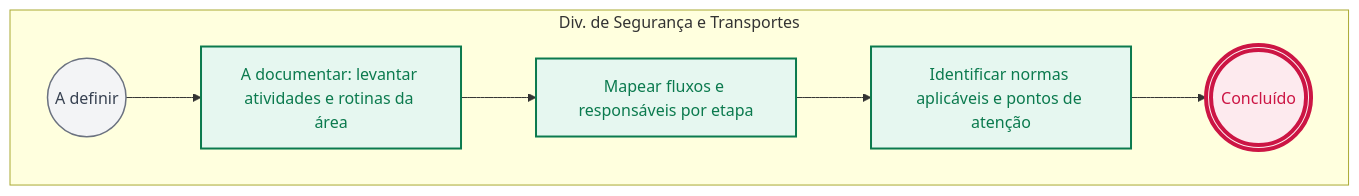
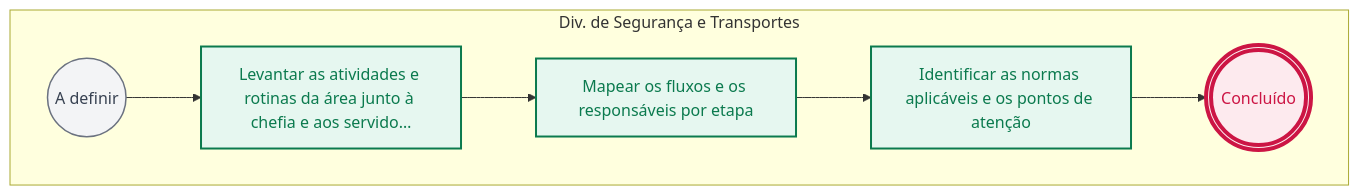
One commit to jessefers/canvas-vivo-atdg changed the second of 2 diagrams in pops/DST/DST-00.md. Above: the diagram before and after it, drawn with Mermaid. The commit also changed other lines of this file and 15 other files, not shown here.

````diff
--- a/pops/DST/DST-00.md
+++ b/pops/DST/DST-00.md
@@ -124,24 +124,24 @@
 ```mermaid
 flowchart LR
   subgraph R1["Div. de Segurança e Transportes"]
     direction LR
     e1(("A definir"))
-    e2["A documentar: levantar atividades e rotinas da área"]
-    e3["Mapear fluxos e responsáveis por etapa"]
-    e4["Identificar normas aplicáveis e pontos de atenção"]
+    e2["Levantar as atividades e rotinas da área junto à chefia e aos servido…"]
+    e3["Mapear os fluxos e os responsáveis por etapa"]
+    e4["Identificar as normas aplicáveis e os pontos de atenção"]
     e5((("Concluído")))
   end
   e1 --> e2
   e2 --> e3
   e3 --> e4
   e4 --> e5
   classDef inicio fill:#f3f4f6,stroke:#6b7280,stroke-width:1.5px,color:#374151
   classDef atividade fill:#E6F7F0,stroke:#0B7A4E,stroke-width:2px,color:#0B7A4E
   classDef decisao fill:#FFF4ED,stroke:#C9783A,stroke-width:2px,color:#C9783A
   classDef fim fill:#FDEAEE,stroke:#CC1544,stroke-width:4px,color:#CC1544
   classDef pausa fill:#FDEAEE,stroke:#CC1544,stroke-width:2px,color:#CC1544
   classDef captura fill:#E0F2F8,stroke:#0B4D66,stroke-width:2px,color:#0B4D66
   class e1 inicio
   class e2,e3,e4 atividade
   class e5 fim
 ```
````
